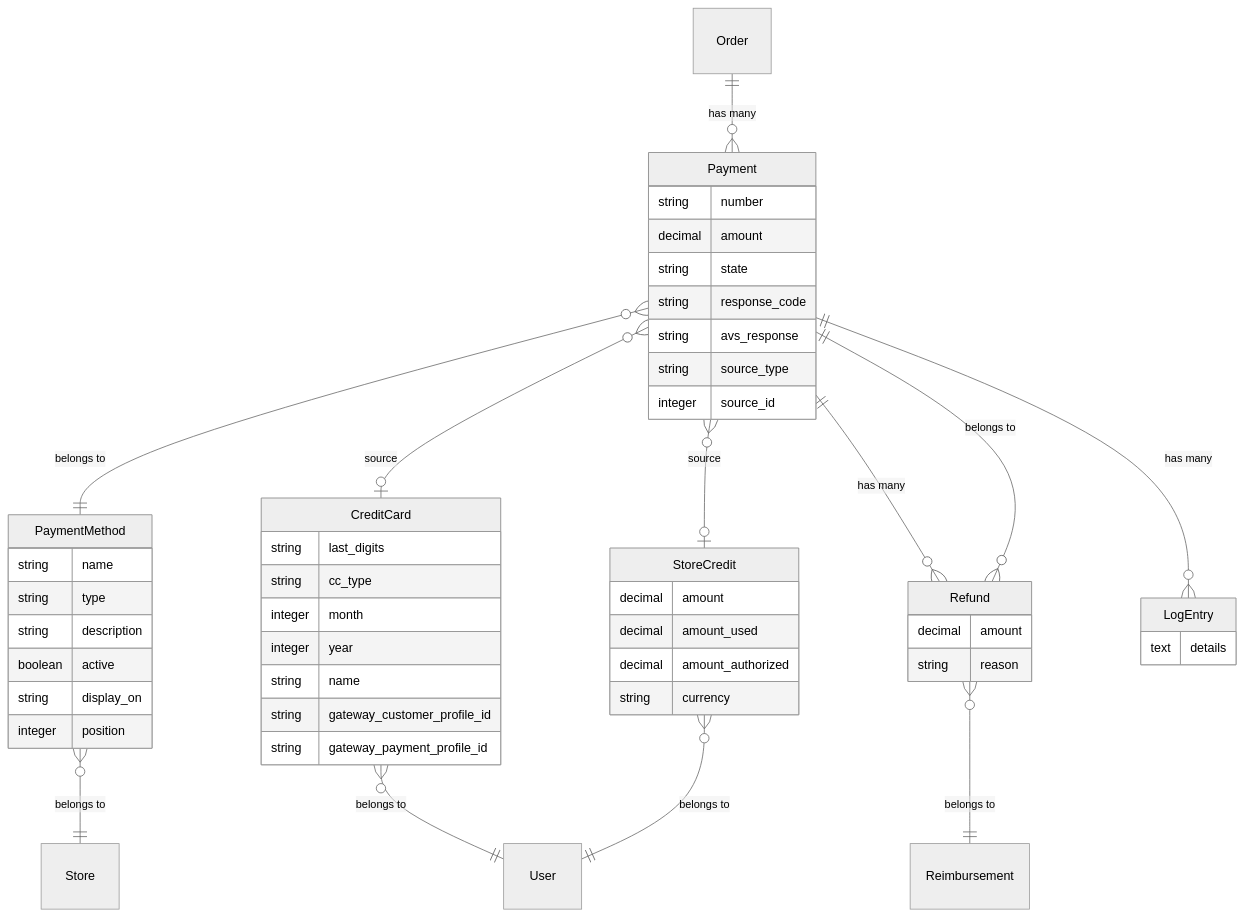
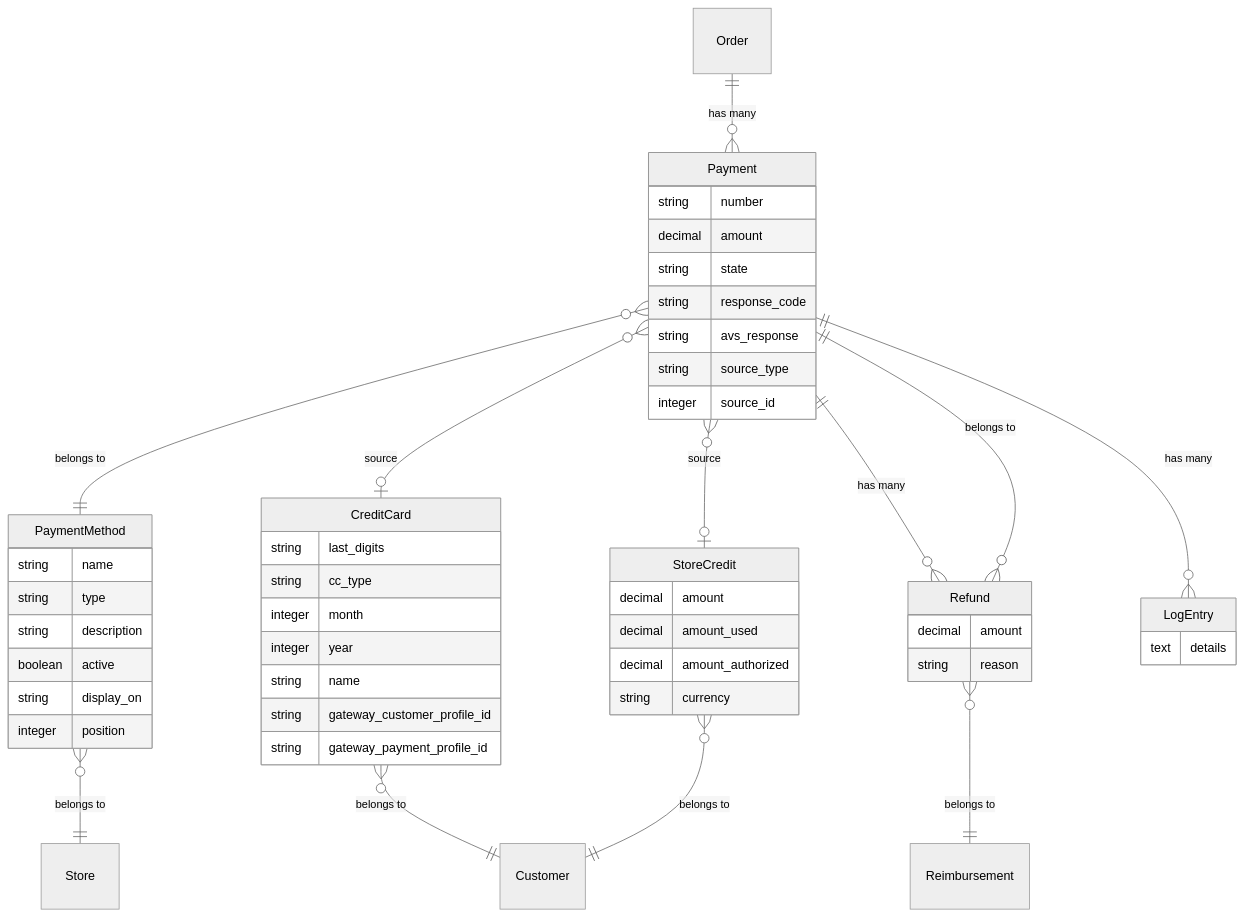
One commit to spree/spree changed the diagram in docs/developer/core-concepts/payments.mdx. Above: the diagram before and after it, drawn with Mermaid (neutral theme). The commit also changed other lines of this file and 2 other files, not shown here.

Commit message:
[Skip CI] document store credits and gift cards

````diff
--- a/docs/developer/core-concepts/payments.mdx
+++ b/docs/developer/core-concepts/payments.mdx
@@ -17,59 +17,59 @@
 ```mermaid
 erDiagram
     Payment {
         string number
         decimal amount
         string state
         string response_code
         string avs_response
         string source_type
         integer source_id
     }
 
     PaymentMethod {
         string name
         string type
         string description
         boolean active
         string display_on
         integer position
     }
 
     CreditCard {
         string last_digits
         string cc_type
         integer month
         integer year
         string name
         string gateway_customer_profile_id
         string gateway_payment_profile_id
     }
 
     StoreCredit {
         decimal amount
         decimal amount_used
         decimal amount_authorized
         string currency
     }
 
     Refund {
         decimal amount
         string reason
     }
 
     LogEntry {
         text details
     }
 
     Order ||--o{ Payment : "has many"
     Payment }o--|| PaymentMethod : "belongs to"
     Payment }o--o| CreditCard : "source"
     Payment }o--o| StoreCredit : "source"
     Payment ||--o{ LogEntry : "has many"
     Payment ||--o{ Refund : "has many"
     PaymentMethod }o--|| Store : "belongs to"
-    CreditCard }o--|| User : "belongs to"
-    StoreCredit }o--|| User : "belongs to"
+    CreditCard }o--|| Customer : "belongs to"
+    StoreCredit }o--|| Customer : "belongs to"
     Refund }o--|| Payment : "belongs to"
     Refund }o--|| Reimbursement : "belongs to"
 ```
````
